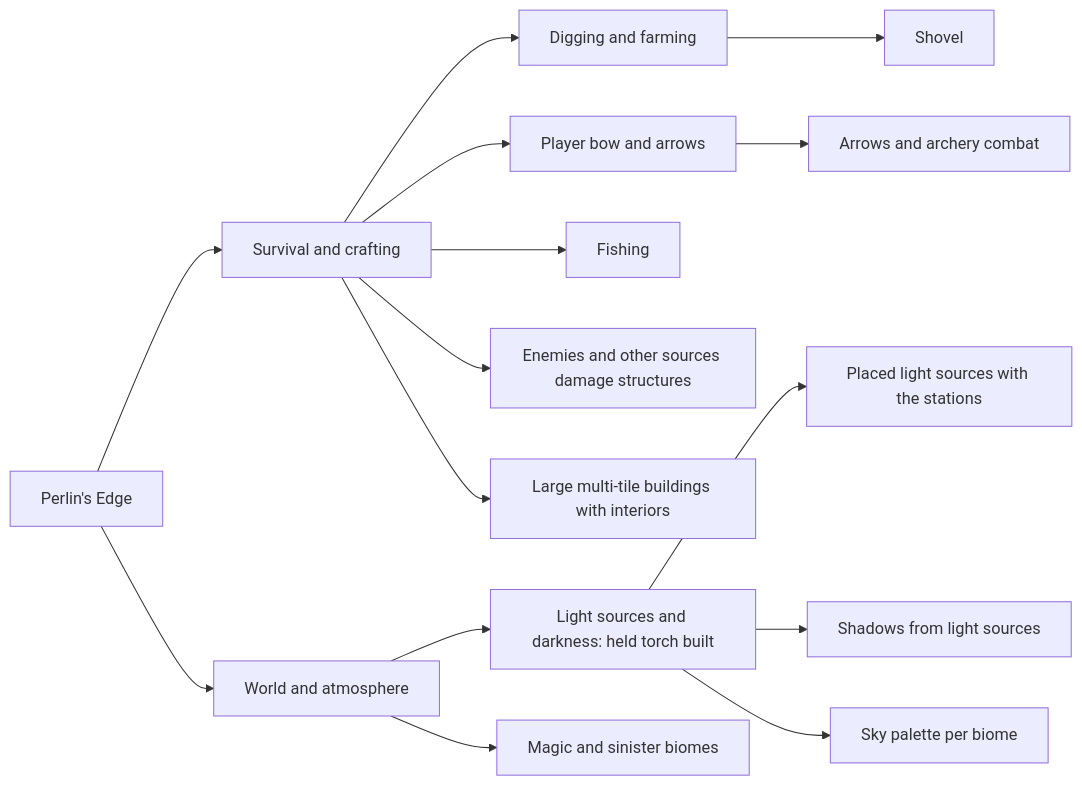
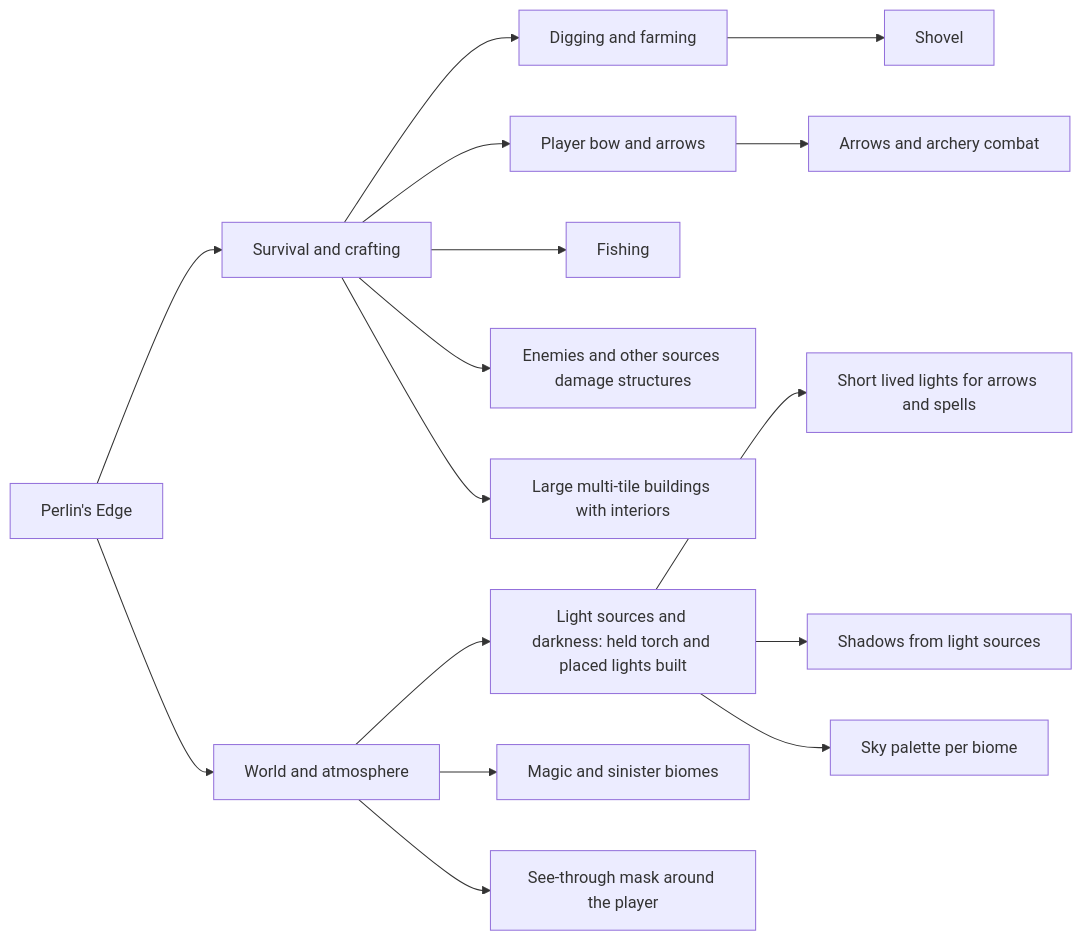
One commit to kfeuerschvenger/perlinsedge changed the diagram in docs/ROADMAP.md. Above: the diagram before and after it, drawn with Mermaid. The commit also changed other lines of this file and 113 other files, not shown here.

````diff
--- a/docs/ROADMAP.md
+++ b/docs/ROADMAP.md
@@ -5,17 +5,18 @@
 ```mermaid
 flowchart LR
     game[Perlin's Edge] --> survival[Survival and crafting]
     game --> world[World and atmosphere]
     survival --> digging[Digging and farming]
     survival --> bow[Player bow and arrows]
     survival --> fishing[Fishing]
     survival --> structures[Enemies and other sources damage structures]
     survival --> large[Large multi-tile buildings with interiors]
-    world --> lighting[Light sources and darkness: held torch built]
+    world --> lighting[Light sources and darkness: held torch and placed lights built]
     world --> biomes[Magic and sinister biomes]
+    world --> seethrough[See-through mask around the player]
     digging --> shovel[Shovel]
     bow --> arrows[Arrows and archery combat]
-    lighting --> placed[Placed light sources with the stations]
+    lighting --> placed[Short lived lights for arrows and spells]
     lighting --> shadows[Shadows from light sources]
     lighting --> palettes[Sky palette per biome]
 ```
````
